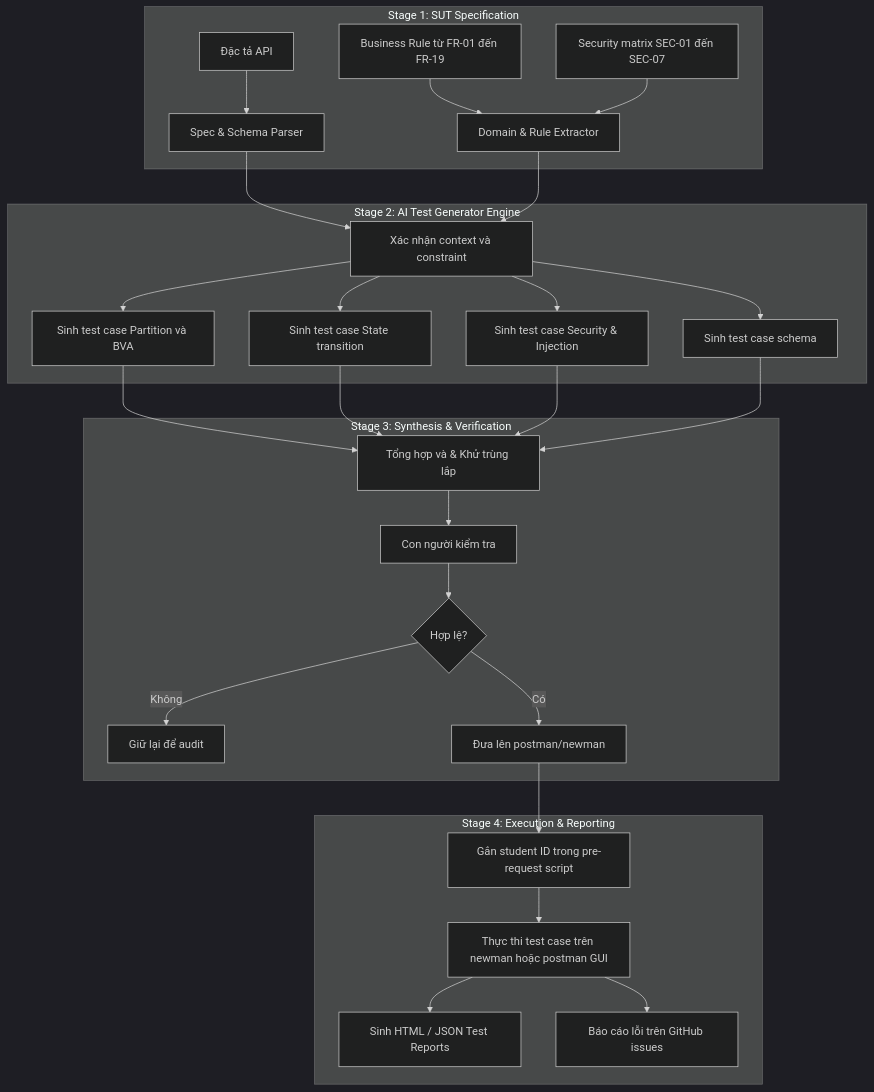
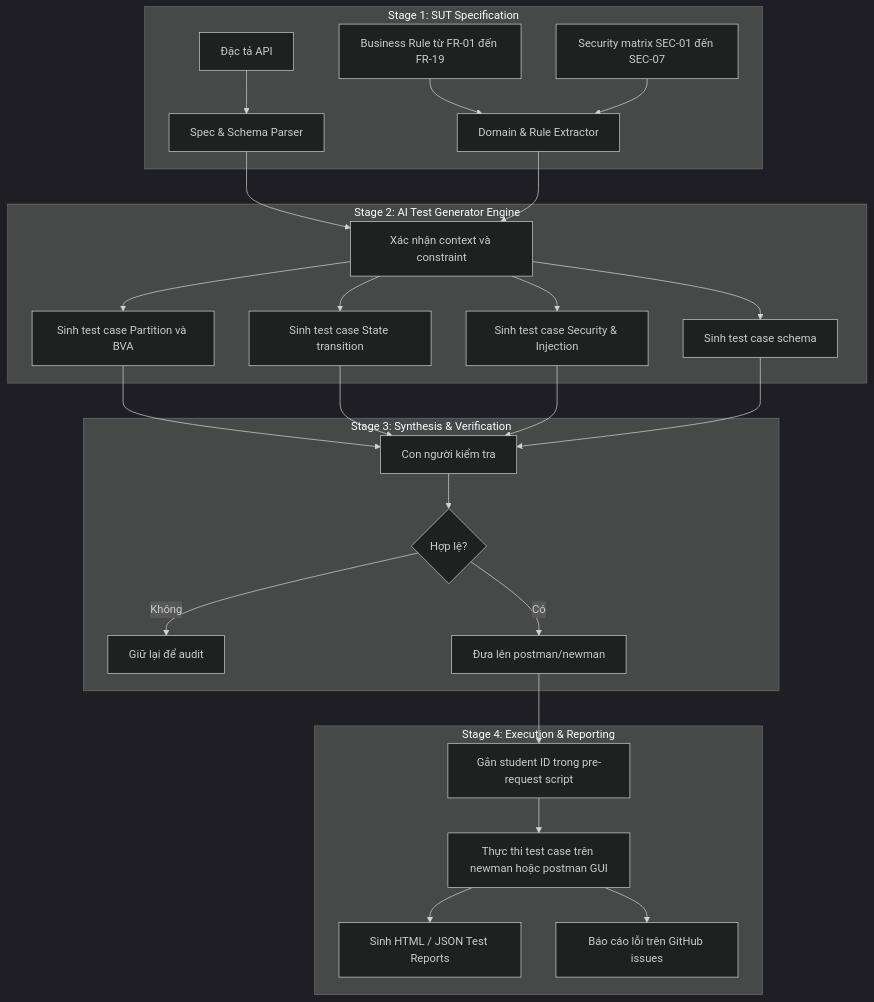
The diagram in diagrams/flowchart.md (fgounlimitedluckgame/HW06), drawn with Mermaid (dark theme) before and after one commit. The commit also changed 3 other files, not shown here.

Commit message:
update diagram

````diff
--- a/diagrams/flowchart.md
+++ b/diagrams/flowchart.md
@@ -1,32 +1,31 @@
 ```mermaid
 flowchart TD
     subgraph SUT_Input [Stage 1: SUT Specification]
         A1[Đặc tả API] --> B[Spec & Schema Parser]
         A2[Business Rule từ FR-01 đến FR-19] --> C[Domain & Rule Extractor]
         A3[Security matrix SEC-01 đến SEC-07] --> C
     end
 
     subgraph Agent_Core [Stage 2: AI Test Generator Engine]
         B --> D[Xác nhận context và constraint]
         C --> D
         D --> F1[Sinh test case Partition và BVA]
         D --> F2[Sinh test case State transition]
         D --> F3[Sinh test case Security & Injection]
         D --> F4[Sinh test case schema]
     end
 
     subgraph Post_Processing [Stage 3: Synthesis & Verification]
-        F1 & F2 & F3 & F4 --> G[Tổng hợp và & Khử trùng lắp]
-        G --> H[Con người kiểm tra]
+        F1 & F2 & F3 & F4 --> H[Con người kiểm tra]
         H --> I{Hợp lệ?}
         I -- Không --> E[Giữ lại để audit]
         I -- Có --> J[Đưa lên postman/newman]
     end
 
     subgraph Execution [Stage 4: Execution & Reporting]
         J --> K[Gắn student ID trong pre-request script]
         K --> L[Thực thi test case trên newman hoặc postman GUI]
         L --> M[Sinh HTML / JSON Test Reports]
         L --> N[Báo cáo lỗi trên GitHub issues]
     end
 ```
````
